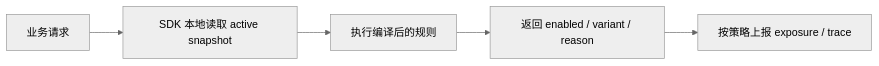
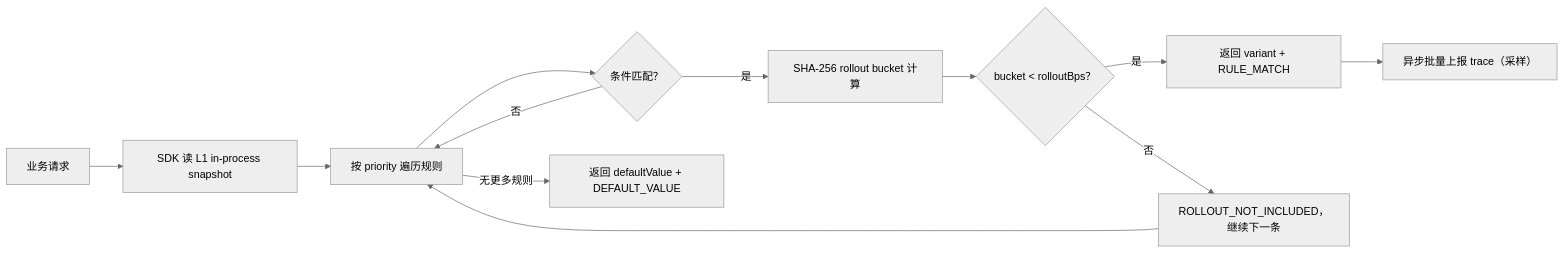
The second of 2 diagrams in feature-management-interview-analysis.md (ikukei/interview-question-202605), drawn with Mermaid (neutral theme) before and after one commit. The commit also changed other lines of this file and 10 other files, not shown here.

Commit message:
update architecture， submit chinese design， chinese architecture, english ppt

````diff
--- a/feature-management-interview-analysis.md
+++ b/feature-management-interview-analysis.md
@@ -282,7 +331,14 @@
 ```mermaid
 flowchart LR
-    A["业务请求"] --> B["SDK 本地读取 active snapshot"]
-    B --> C["执行编译后的规则"]
-    C --> D["返回 enabled / variant / reason"]
-    D --> E["按策略上报 exposure / trace"]
+    A["业务请求"] --> B["SDK 读 L1 in-process snapshot"]
+    B --> C["按 priority 遍历规则"]
+    C --> D{"条件匹配？"}
+    D -- 否 --> C
+    D -- 是 --> E["SHA-256 rollout bucket 计算"]
+    E --> F{"bucket < rolloutBps？"}
+    F -- 是 --> G["返回 variant + RULE_MATCH"]
+    F -- 否 --> H["ROLLOUT_NOT_INCLUDED，继续下一条"]
+    H --> C
+    C -- 无更多规则 --> I["返回 defaultValue + DEFAULT_VALUE"]
+    G --> J["异步批量上报 trace（采样）"]
 ```
````
